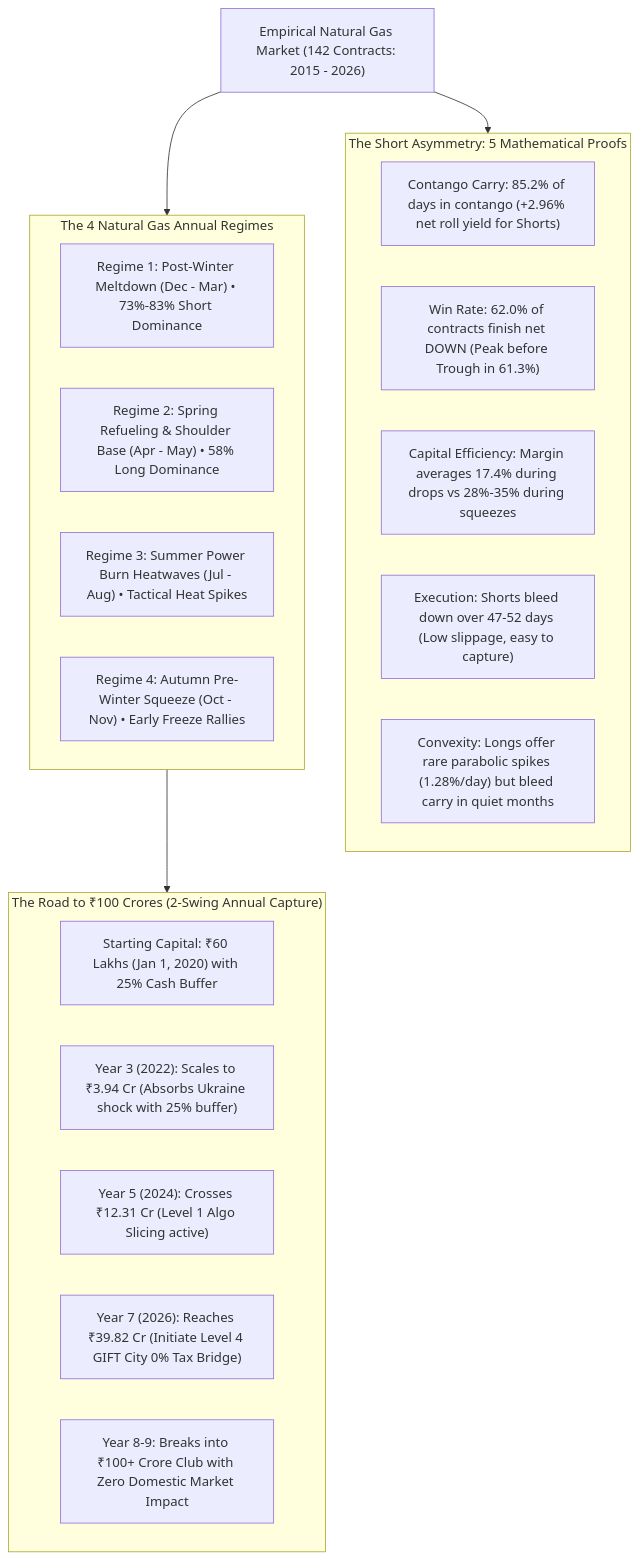
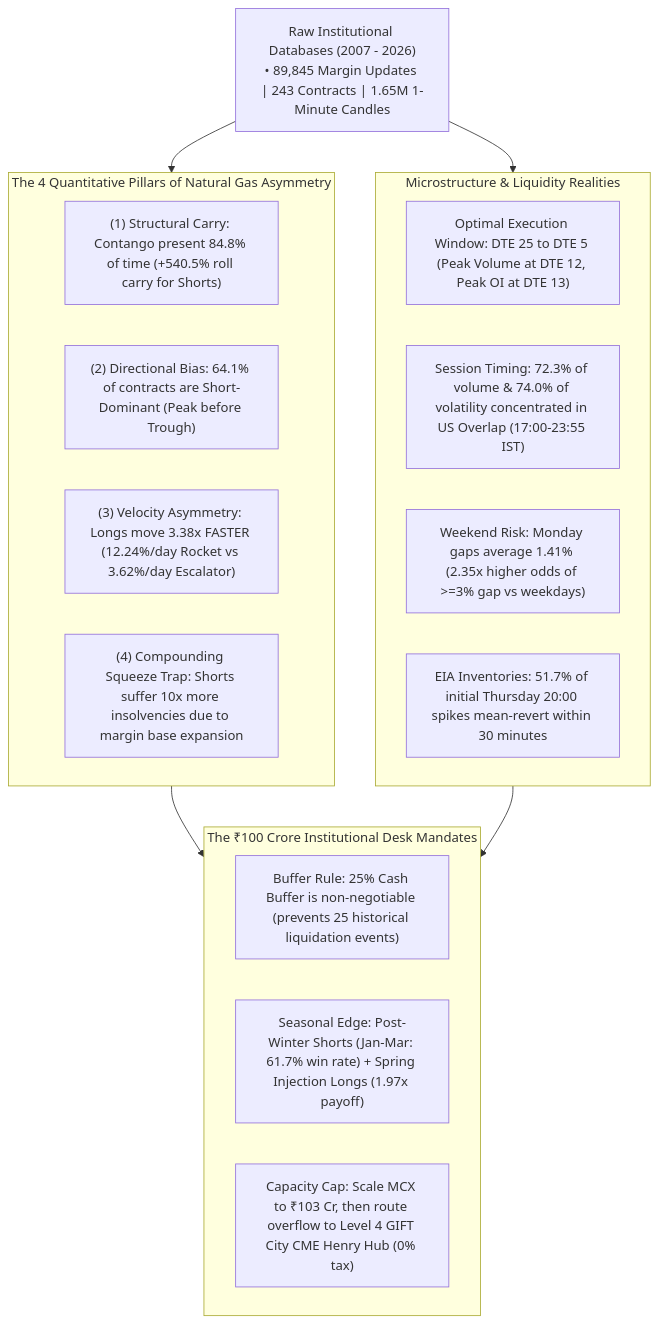
Before and after one commit to yieldchaser/mcx-margins: the ninth of 12 diagrams in models/execution_and_tax_validation_plan.md, drawn with Mermaid. The commit also changed other lines of this file and 1 other file, not shown here.

Commit message:
docs: integrate 3-subagent first-principles empirical quant synthesis into Section 7

````diff
--- a/models/execution_and_tax_validation_plan.md
+++ b/models/execution_and_tax_validation_plan.md
@@ -309,31 +313,29 @@
 ```mermaid
 flowchart TD
-    Market["Empirical Natural Gas Market (142 Contracts: 2015 - 2026)"]
+    RawData["Raw Institutional Databases (2007 - 2026)<br/>• 89,845 Margin Updates | 243 Contracts | 1.65M 1-Minute Candles"]
     
-    subgraph Asymmetry["The Short Asymmetry: 5 Mathematical Proofs"]
-        A1["Contango Carry: 85.2% of days in contango (+2.96% net roll yield for Shorts)"]
-        A2["Win Rate: 62.0% of contracts finish net DOWN (Peak before Trough in 61.3%)"]
-        A3["Capital Efficiency: Margin averages 17.4% during drops vs 28%-35% during squeezes"]
-        A4["Execution: Shorts bleed down over 47-52 days (Low slippage, easy to capture)"]
-        A5["Convexity: Longs offer rare parabolic spikes (1.28%/day) but bleed carry in quiet months"]
-    end
-    
-    subgraph Regimes["The 4 Natural Gas Annual Regimes"]
-        R1["Regime 1: Post-Winter Meltdown (Dec - Mar) • 73%-83% Short Dominance"]
-        R2["Regime 2: Spring Refueling & Shoulder Base (Apr - May) • 58% Long Dominance"]
-        R3["Regime 3: Summer Power Burn Heatwaves (Jul - Aug) • Tactical Heat Spikes"]
-        R4["Regime 4: Autumn Pre-Winter Squeeze (Oct - Nov) • Early Freeze Rallies"]
+    subgraph Asymmetry["The 4 Quantitative Pillars of Natural Gas Asymmetry"]
+        P1["(1) Structural Carry: Contango present 84.8% of time (+540.5% roll carry for Shorts)"]
+        P2["(2) Directional Bias: 64.1% of contracts are Short-Dominant (Peak before Trough)"]
+        P3["(3) Velocity Asymmetry: Longs move 3.38x FASTER (12.24%/day Rocket vs 3.62%/day Escalator)"]
+        P4["(4) Compounding Squeeze Trap: Shorts suffer 10x more insolvencies due to margin base expansion"]
     end
 
-    subgraph Simulation["The Road to ₹100 Crores (2-Swing Annual Capture)"]
-        S1["Starting Capital: ₹60 Lakhs (Jan 1, 2020) with 25% Cash Buffer"]
-        S2["Year 3 (2022): Scales to ₹3.94 Cr (Absorbs Ukraine shock with 25% buffer)"]
-        S3["Year 5 (2024): Crosses ₹12.31 Cr (Level 1 Algo Slicing active)"]
-        S4["Year 7 (2026): Reaches ₹39.82 Cr (Initiate Level 4 GIFT City 0% Tax Bridge)"]
-        S5["Year 8-9: Breaks into ₹100+ Crore Club with Zero Domestic Market Impact"]
+    subgraph Microstructure["Microstructure & Liquidity Realities"]
+        M1["Optimal Execution Window: DTE 25 to DTE 5 (Peak Volume at DTE 12, Peak OI at DTE 13)"]
+        M2["Session Timing: 72.3% of volume & 74.0% of volatility concentrated in US Overlap (17:00-23:55 IST)"]
+        M3["Weekend Risk: Monday gaps average 1.41% (2.35x higher odds of >=3% gap vs weekdays)"]
+        M4["EIA Inventories: 51.7% of initial Thursday 20:00 spikes mean-revert within 30 minutes"]
     end
 
-    Market --> Asymmetry
-    Market --> Regimes
-    Regimes --> Simulation
+    subgraph Playbook["The ₹100 Crore Institutional Desk Mandates"]
+        R1["Buffer Rule: 25% Cash Buffer is non-negotiable (prevents 25 historical liquidation events)"]
+        R2["Seasonal Edge: Post-Winter Shorts (Jan-Mar: 61.7% win rate) + Spring Injection Longs (1.97x payoff)"]
+        R3["Capacity Cap: Scale MCX to ₹103 Cr, then route overflow to Level 4 GIFT City CME Henry Hub (0% tax)"]
+    end
+
+    RawData --> Asymmetry
+    RawData --> Microstructure
+    Asymmetry --> Playbook
+    Microstructure --> Playbook
 ```
````
